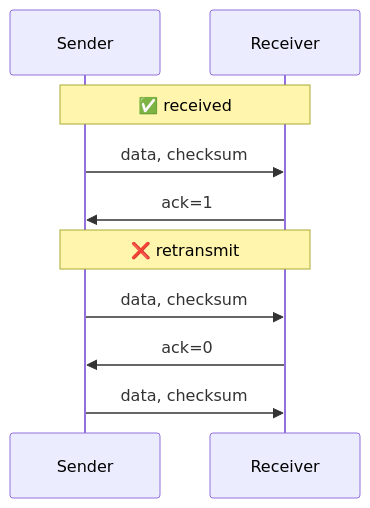
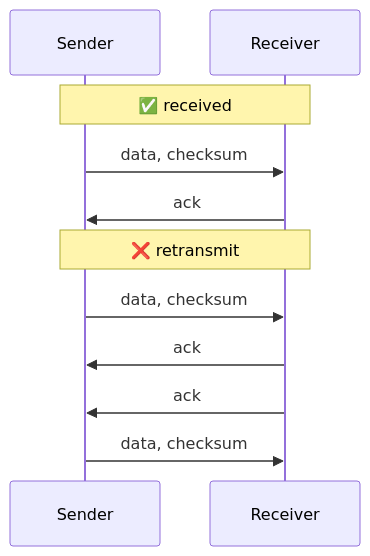
One commit to wdyjwdy/notes changed the third of 7 diagrams in network/tcp.md. Above: the diagram before and after it, drawn with Mermaid. The commit also changed other lines of this file, not shown here.

````diff
--- a/network/tcp.md
+++ b/network/tcp.md
@@ -84,14 +85,15 @@
 ```mermaid
 sequenceDiagram
   participant S as Sender
   participant R as Receiver
 
   Note over S, R: ✅ received
   S ->> R: data, checksum
-  R ->> S: ack=1
+  R ->> S: ack
 
   Note over S, R: ❌ retransmit
   S ->> R: data, checksum
-  R ->> S: ack=0
+  R ->> S: ack
+  R ->> S: ack
   S ->> R: data, checksum
 ```
````
